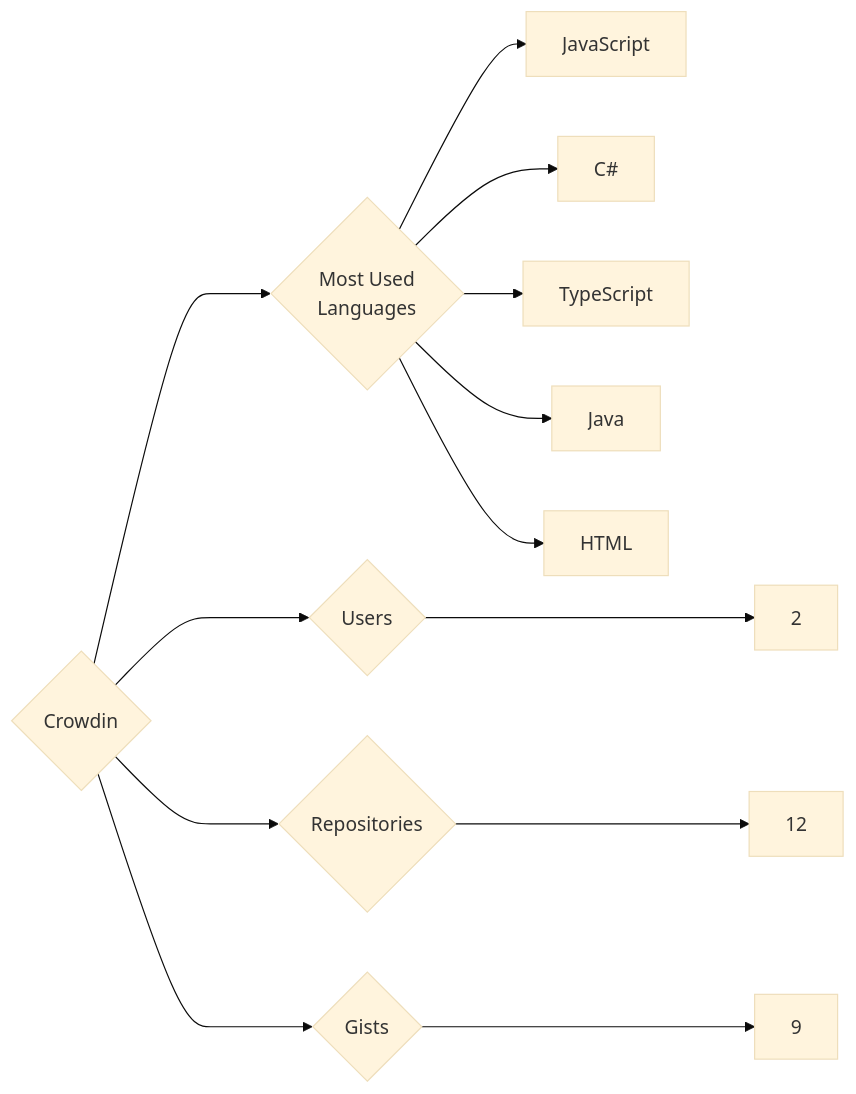
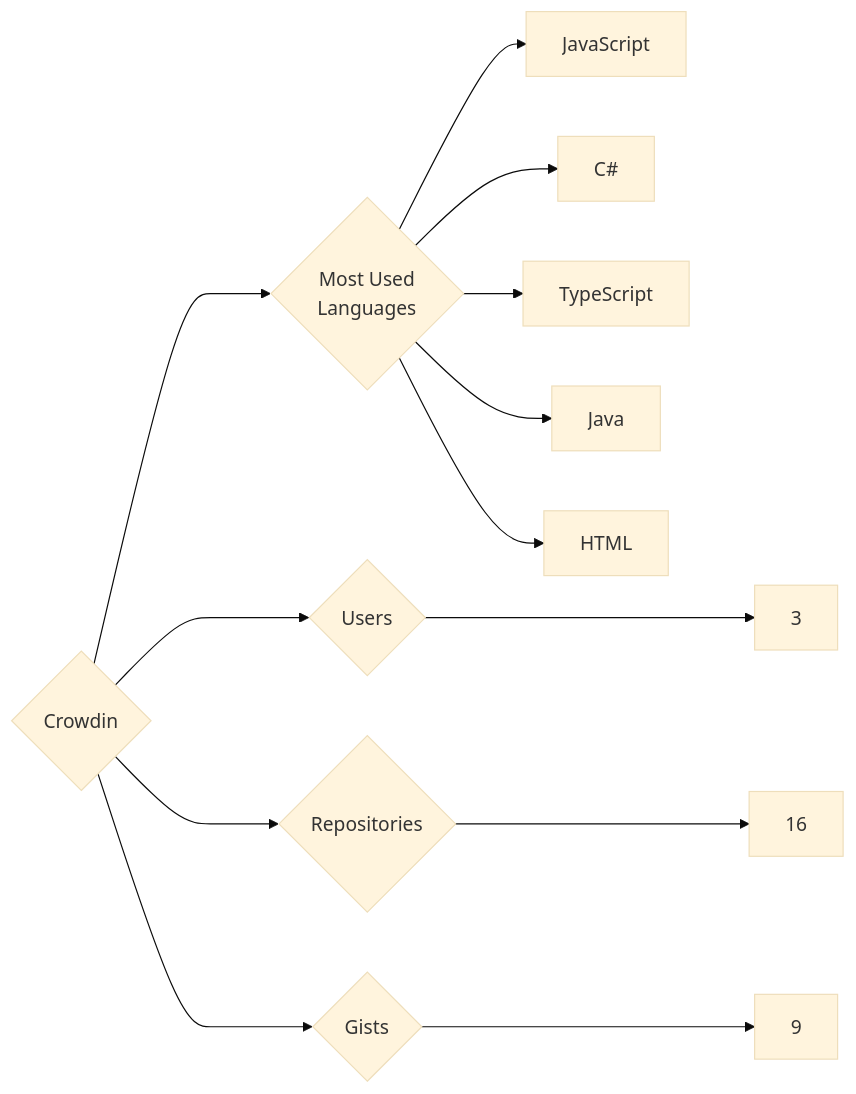
Before and after one commit to trickest/insiders: the diagram in targets/Crowdin/README.md, drawn with Mermaid (base theme). The commit also changed 681 other files, not shown here.

````diff
--- a/targets/Crowdin/README.md
+++ b/targets/Crowdin/README.md
@@ -3,13 +3,13 @@
 ```mermaid
 graph LR
 COMPANY_NAME{Crowdin}
-COMPANY_NAME ---> U{Users} ---> UN[2]
-COMPANY_NAME ---> R{Repositories} ---> RN[12]
+COMPANY_NAME ---> U{Users} ---> UN[3]
+COMPANY_NAME ---> R{Repositories} ---> RN[16]
 COMPANY_NAME ---> G{Gists} ---> GN[9]
 COMPANY_NAME ---> ML{Most Used<br>Languages}
 ML --> JavaScript[JavaScript]
 ML --> C#[C#]
 ML --> TypeScript[TypeScript]
 ML --> Java[Java]
 ML --> HTML[HTML]
 ```
````
